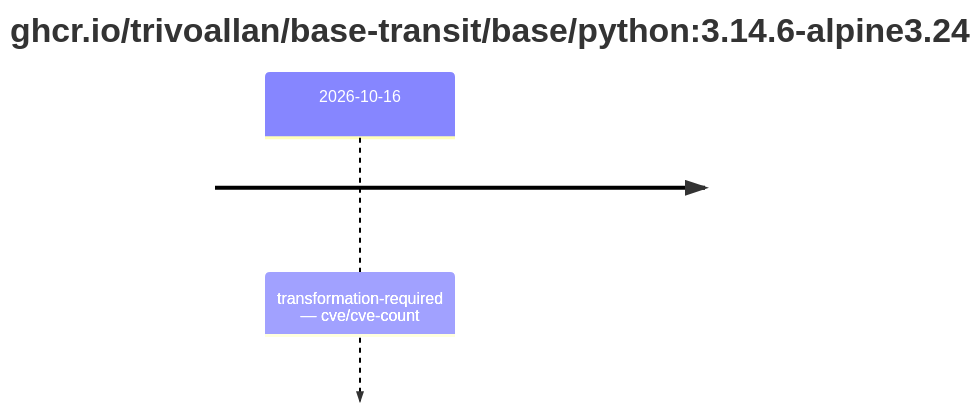
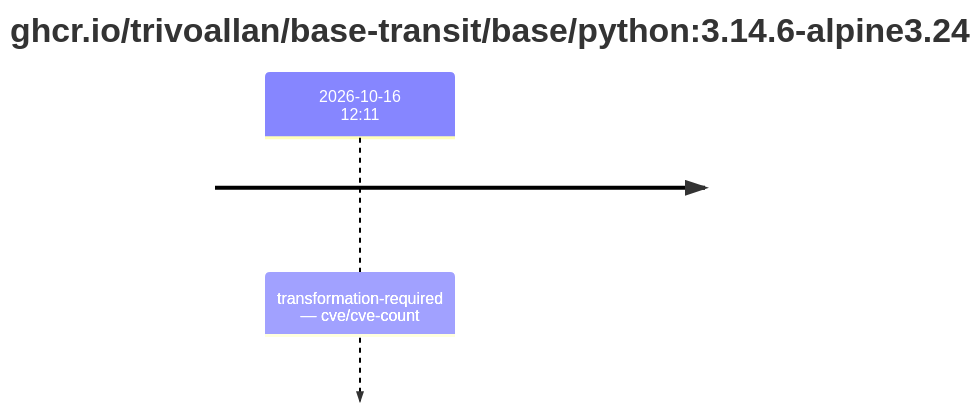
The second of 2 diagrams in results/reports/base-python-3/sha256:df76c26acfd5720410ad9ff0a05ed7985f4ea6fc1e4bc52b766b113583eaa0a6.md (trivoallan/base-images), drawn with Mermaid before and after one commit. The commit also changed other lines of this file and 12 other files, not shown here.

````diff
--- a/results/reports/base-python-3/sha256:df76c26acfd5720410ad9ff0a05ed7985f4ea6fc1e4bc52b766b113583eaa0a6.md
+++ b/results/reports/base-python-3/sha256:df76c26acfd5720410ad9ff0a05ed7985f4ea6fc1e4bc52b766b113583eaa0a6.md
@@ -20,5 +21,5 @@
 ```mermaid
 timeline
     title ghcr.io/trivoallan/base-transit/base/python#58;3.14.6-alpine3.24
-    2026-10-16 : transformation-required — cve/cve-count
+    2026-10-16 12#58;11 : transformation-required — cve/cve-count
 ```
````
